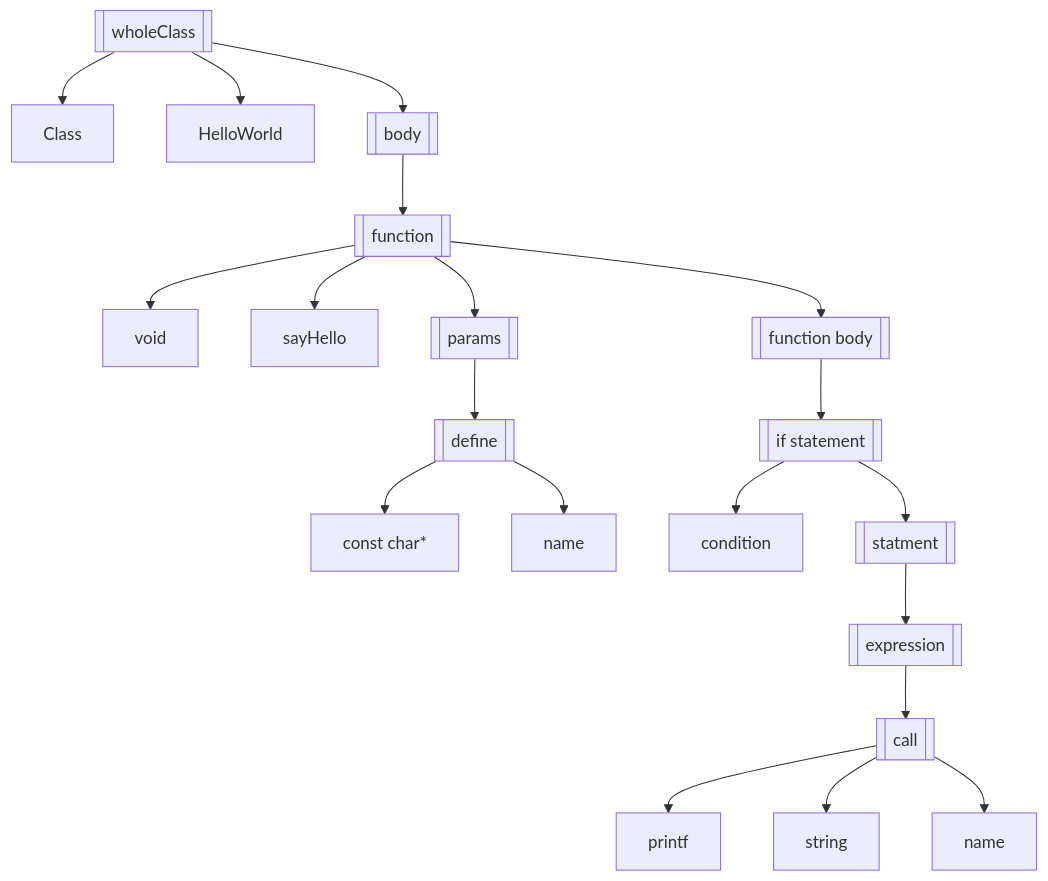
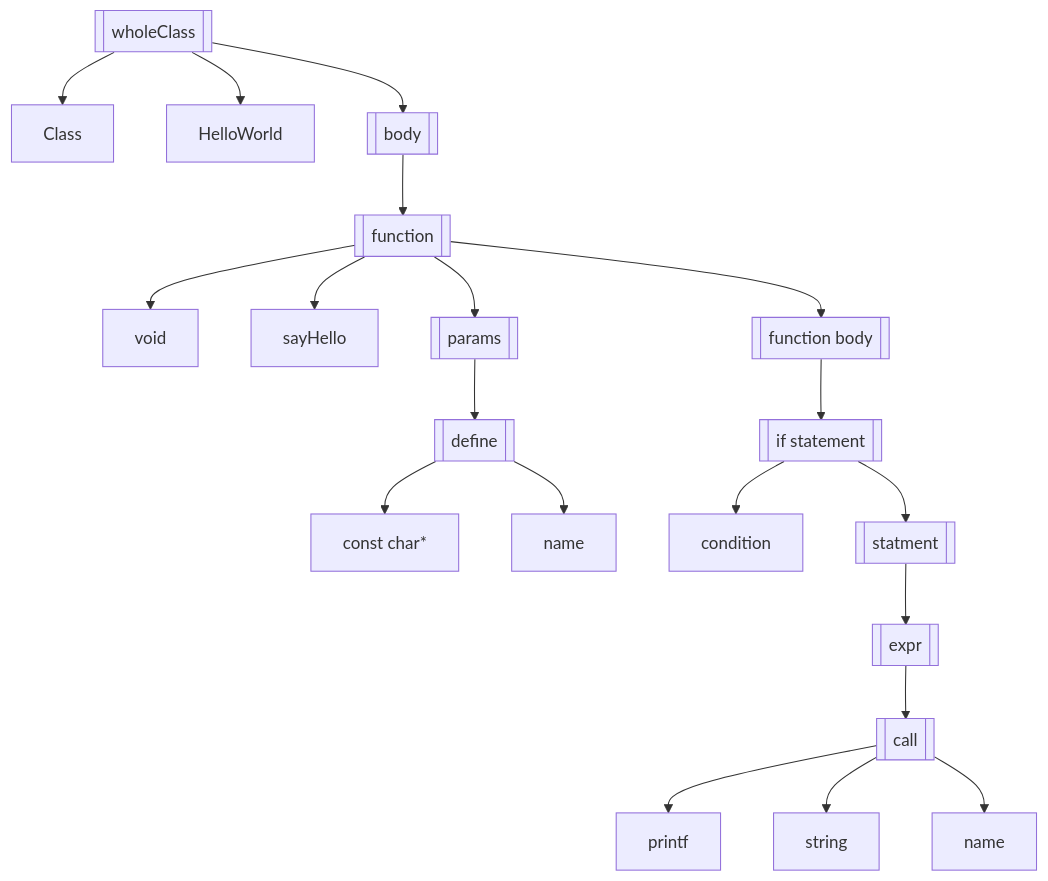
The diagram in 编译原理/1.前端/(2)语法分析.md (PoEdu/DarkArtsNexus), drawn with Mermaid before and after one commit. The commit also changed other lines of this file and 7 other files, not shown here.

````diff
--- a/编译原理/1.前端/(2)语法分析.md
+++ b/编译原理/1.前端/(2)语法分析.md
@@ -24,22 +24,22 @@
 ```mermaid
 graph TD;
     wc[[wholeClass]] --> Class
     wc --> HelloWorld
     wc --> body[[body]]
     body --> func[[function]]
     func --> void
     func --> sayHello
     func --> params[[params]]
     func --> funcbody[[function body]]
     params --> def[[define]]
     def --> type[const char*]
     def --> name
     funcbody --> ifs[[if statement]]
     ifs --> condition
     ifs --> stat[[statment]]
-    stat --> expr[[expression]]
+    stat --> expr[[expr]]
     expr --> c[[call]]
     c --> printf
     c --> string
     c --> n[name]
 ```
````
